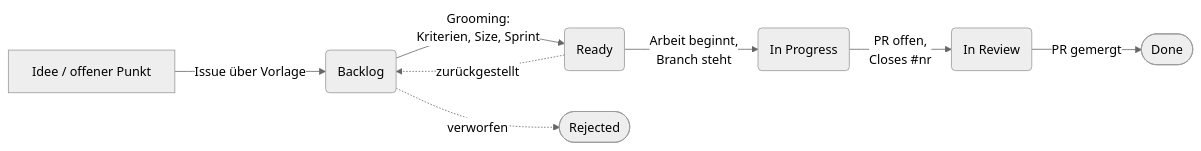
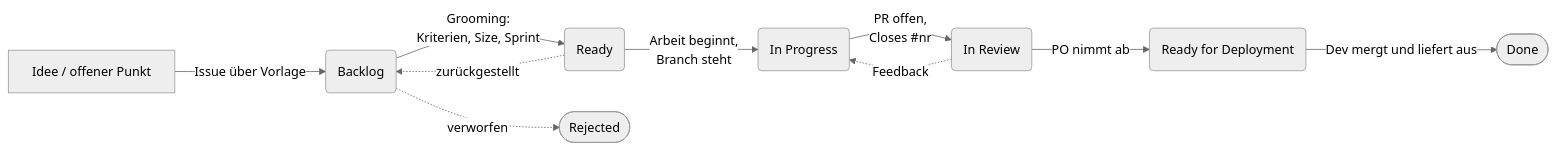
One commit to affm777/ai-os-starter-rs changed the first of 2 diagrams in claude/use-cases/github-board/board-doku.md. Above: the diagram before and after it, drawn with Mermaid (neutral theme). The commit also changed other lines of this file and 3 other files, not shown here.

First line of the commit message:
github-board: Ready for Deployment ist die vierte Uebergabe

````diff
--- a/claude/use-cases/github-board/board-doku.md
+++ b/claude/use-cases/github-board/board-doku.md
@@ -19,10 +19,12 @@
 ```mermaid
 flowchart LR
     A[Idee / offener Punkt] -->|Issue über Vorlage| B(Backlog)
     B -->|Grooming:<br/>Kriterien, Size, Sprint| C(Ready)
     C -->|Arbeit beginnt,<br/>Branch steht| D(In Progress)
     D -->|PR offen,<br/>Closes #nr| E(In Review)
-    E -->|PR gemergt| F([Done])
+    E -->|PO nimmt ab| H(Ready for Deployment)
+    H -->|Dev mergt und liefert aus| F([Done])
+    E -.->|Feedback| D
     B -.->|verworfen| G([Rejected])
     C -.->|zurückgestellt| B
 ```
````
